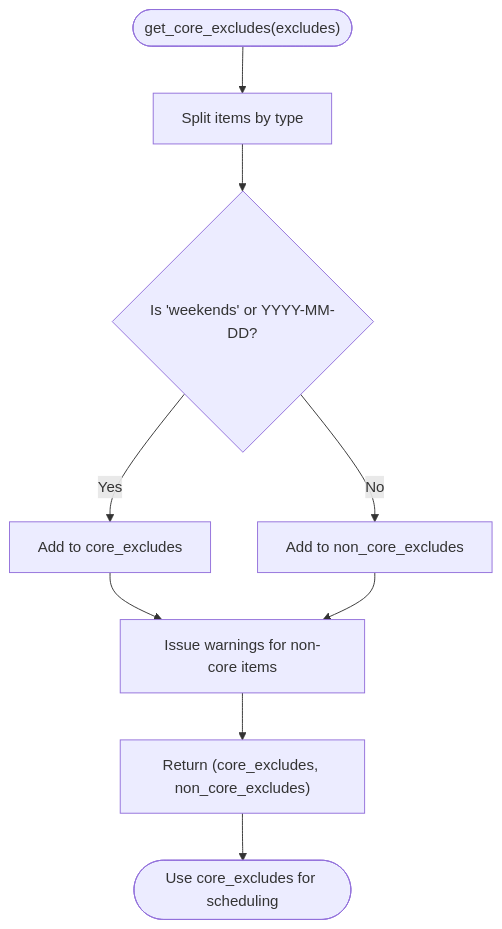
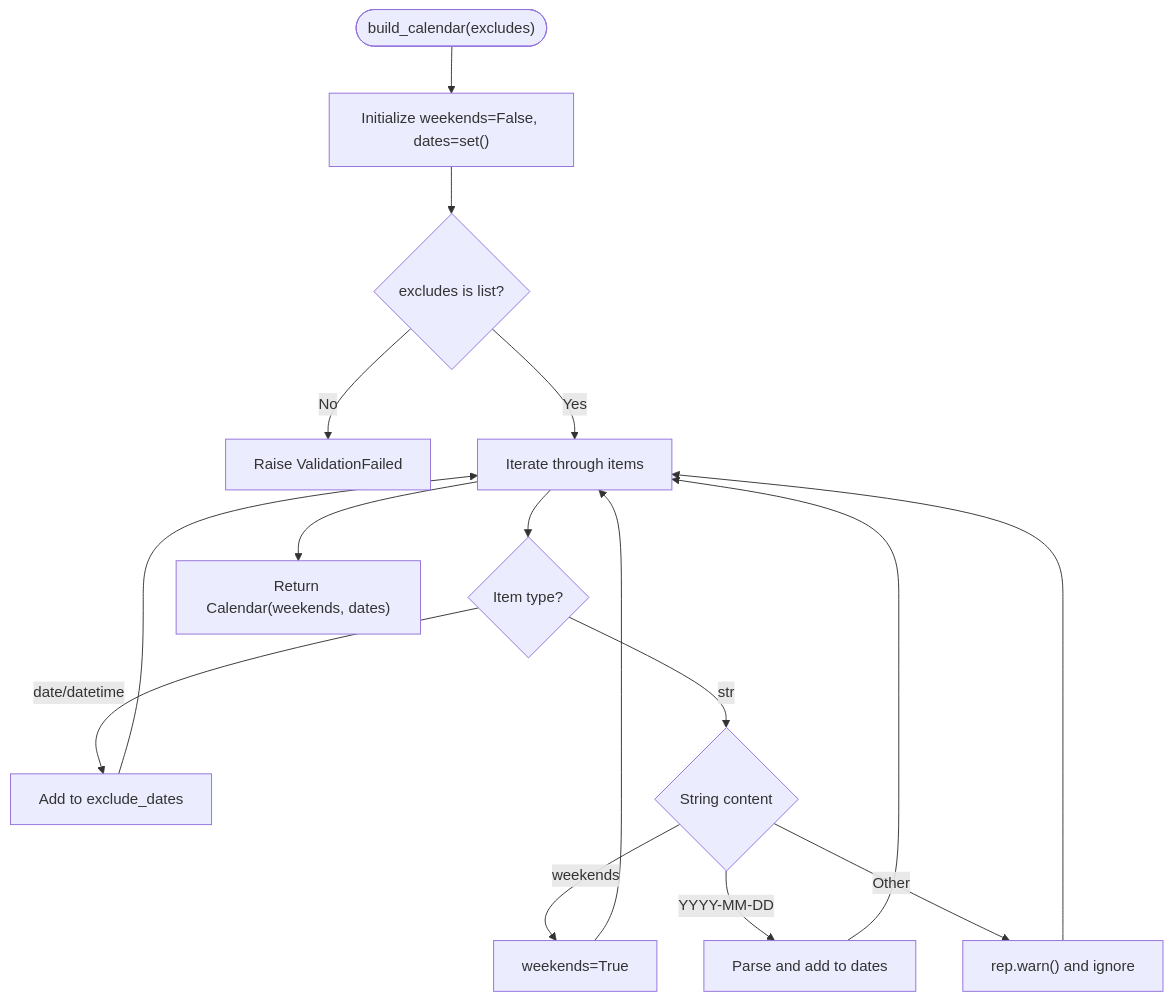
The third of 6 diagrams in .qoder/repowiki/en/content/Tooling and Utilities/Rendering Engine.md (asukhodko/opskarta), drawn with Mermaid before and after one commit. The commit also changed other lines of this file and 6 other files, not shown here.

First line of the commit message:
feat(renderer): replace mermaid_gantt with plan2gantt and plan2dag modules

````diff
--- a/.qoder/repowiki/en/content/Tooling and Utilities/Rendering Engine.md
+++ b/.qoder/repowiki/en/content/Tooling and Utilities/Rendering Engine.md
@@ -161,11 +179,18 @@
 ```mermaid
 flowchart TD
-Start(["get_core_excludes(excludes)"]) --> Split["Split items by type"]
-Split --> CheckCore{"Is 'weekends' or YYYY-MM-DD?"}
-CheckCore --> |Yes| Core["Add to core_excludes"]
-CheckCore --> |No| NonCore["Add to non_core_excludes"]
-Core --> Warn["Issue warnings for non-core items"]
-Warn --> Merge["Return (core_excludes, non_core_excludes)"]
-NonCore --> Warn
-Merge --> End(["Use core_excludes for scheduling"])
+Start(["build_calendar(excludes)"]) --> Init["Initialize weekends=False, dates=set()"]
+Init --> CheckType{"excludes is list?"}
+CheckType --> |No| Error["Raise ValidationFailed"]
+CheckType --> |Yes| Iterate["Iterate through items"]
+Iterate --> CheckItem{"Item type?"}
+CheckItem --> |date/datetime| AddDate["Add to exclude_dates"]
+CheckItem --> |str| CheckStr{"String content"}
+CheckStr --> |"weekends"| SetWeekends["weekends=True"]
+CheckStr --> |"YYYY-MM-DD"| ParseDate["Parse and add to dates"]
+CheckStr --> |Other| WarnNonCore["rep.warn() and ignore"]
+AddDate --> Iterate
+SetWeekends --> Iterate
+ParseDate --> Iterate
+WarnNonCore --> Iterate
+Iterate --> Done["Return Calendar(weekends, dates)"]
 ```
````
